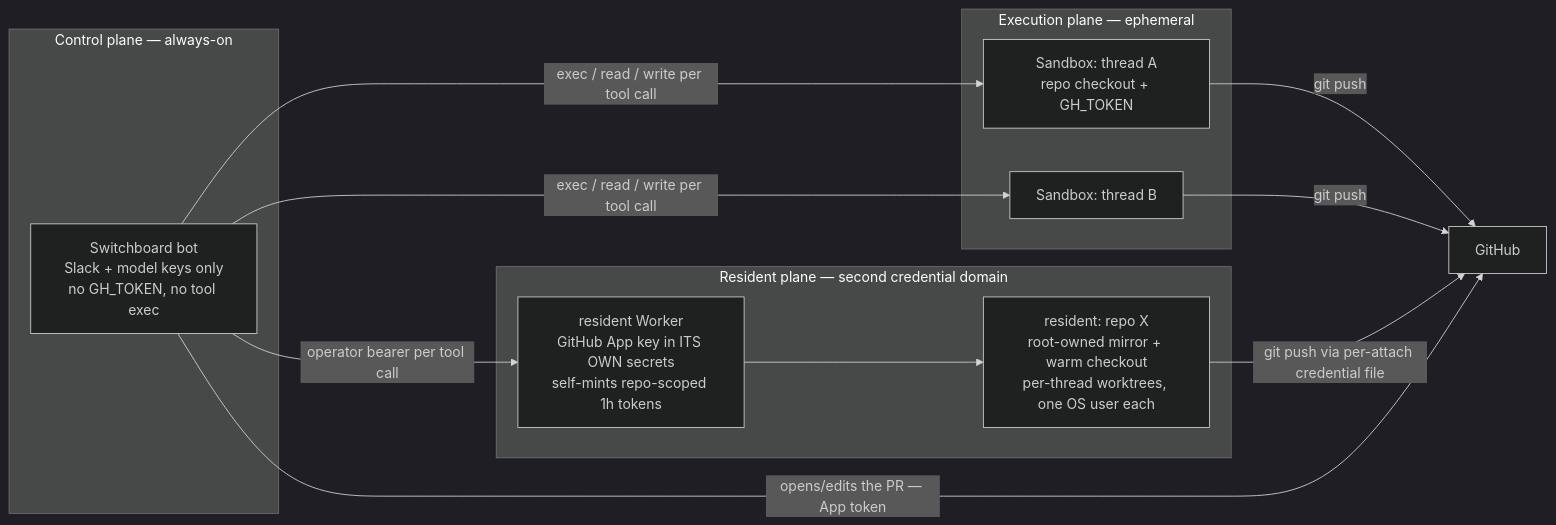
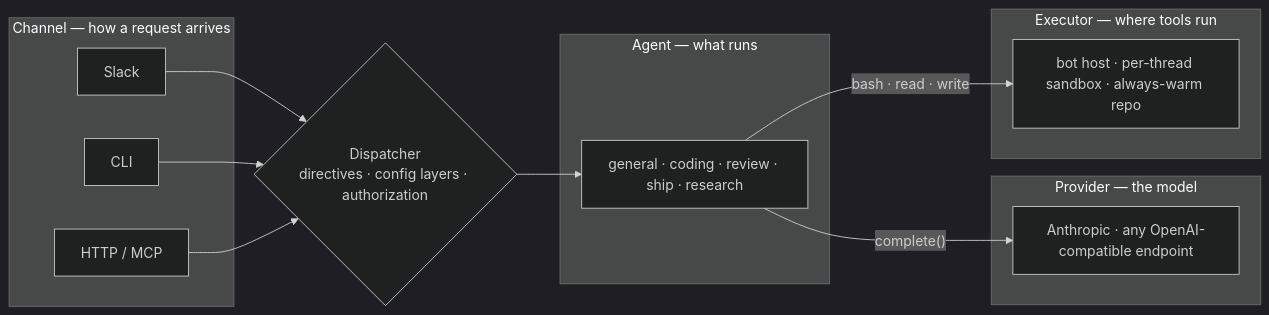
The diagram in README.md (coreplanelabs/switchboard), drawn with Mermaid (dark theme) before and after one commit. The commit also changed other lines of this file and 1 other file, not shown here.

First line of the commit message:
docs(readme): the front door in eighty lines — pitch, seams, what you need, quick start

````diff
--- a/README.md
+++ b/README.md
@@ -135,19 +11,26 @@
 ```mermaid
 flowchart LR
-    subgraph cp ["Control plane — always-on"]
-        BOT["Switchboard bot<br/>Slack + model keys only<br/>no GH_TOKEN, no tool exec"]
+    subgraph channel ["Channel — how a request arrives"]
+        SL["Slack"]
+        CLI["CLI"]
+        HTTP["HTTP / MCP"]
     end
-    subgraph ep ["Execution plane — ephemeral"]
-        S1["Sandbox: thread A<br/>repo checkout + GH_TOKEN"]
-        S2["Sandbox: thread B"]
+
+    D{"Dispatcher<br/>directives · config layers · authorization"}
+
+    subgraph agent ["Agent — what runs"]
+        AG["general · coding · review · ship · research"]
     end
-    subgraph rp ["Resident plane — second credential domain"]
-        RW["resident Worker<br/>GitHub App key in ITS OWN secrets<br/>self-mints repo-scoped 1h tokens"]
-        RD["resident: repo X<br/>root-owned mirror + warm checkout<br/>per-thread worktrees, one OS user each"]
+
+    subgraph provider ["Provider — the model"]
+        P["Anthropic · any OpenAI-compatible endpoint"]
     end
-    BOT -->|exec / read / write per tool call| S1 & S2
-    BOT -->|operator bearer per tool call| RW --> RD
-    S1 & S2 -->|git push| GH["GitHub"]
-    RD -->|git push via per-attach credential file| GH
-    BOT -->|opens/edits the PR — App token| GH
+
+    subgraph executor ["Executor — where tools run"]
+        E["bot host · per-thread sandbox · always-warm repo"]
+    end
+
+    SL & CLI & HTTP --> D --> AG
+    AG -->|"complete()"| P
+    AG -->|"bash · read · write"| E
 ```
````
